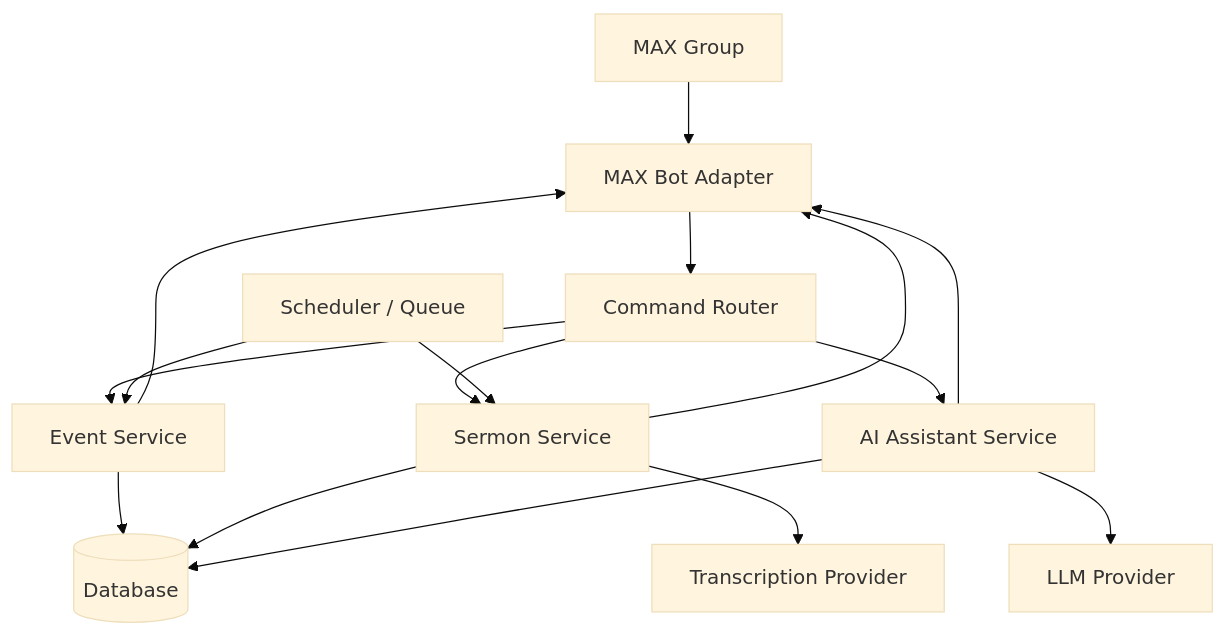
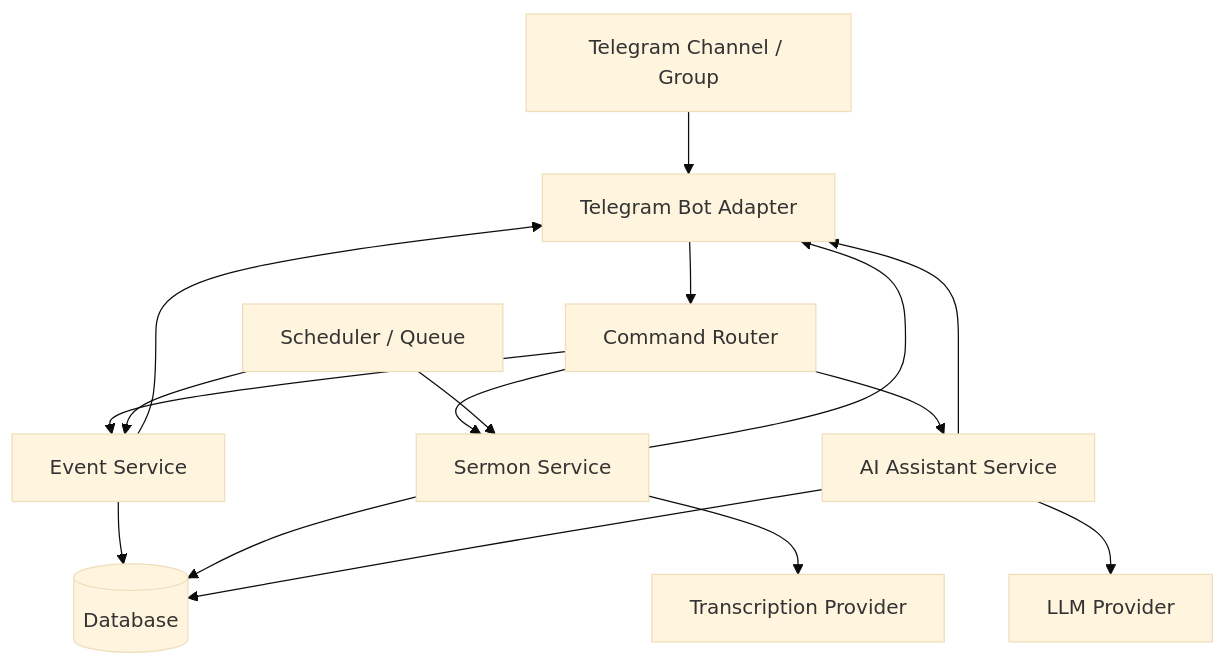
Before and after one commit to KebogdBP/Church_Bot_Telegram: the diagram in ARCHITECTURE.md, drawn with Mermaid (base theme). The commit also changed other lines of this file and 34 other files, not shown here.

Commit message:
refactor: migrate church bot from MAX to Telegram

````diff
--- a/ARCHITECTURE.md
+++ b/ARCHITECTURE.md
@@ -7,18 +7,18 @@
 ```mermaid
 flowchart TD
-  A[MAX Group] --> B[MAX Bot Adapter]
+  A[Telegram Channel / Group] --> B[Telegram Bot Adapter]
   B --> C[Command Router]
   C --> D[Event Service]
   C --> E[Sermon Service]
   C --> F[AI Assistant Service]
   D --> G[(Database)]
   E --> G
   F --> G
   E --> H[Transcription Provider]
   F --> I[LLM Provider]
   J[Scheduler / Queue] --> D
   J --> E
   D --> B
   E --> B
   F --> B
 ```
````
